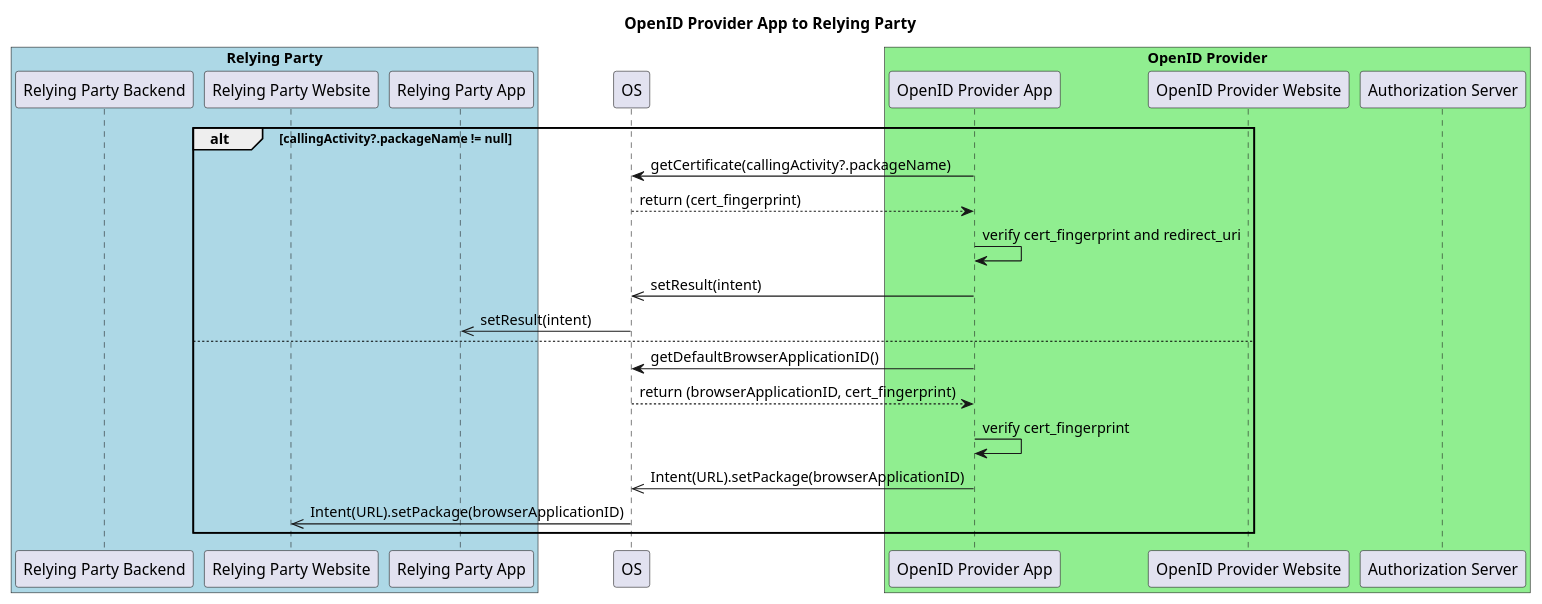
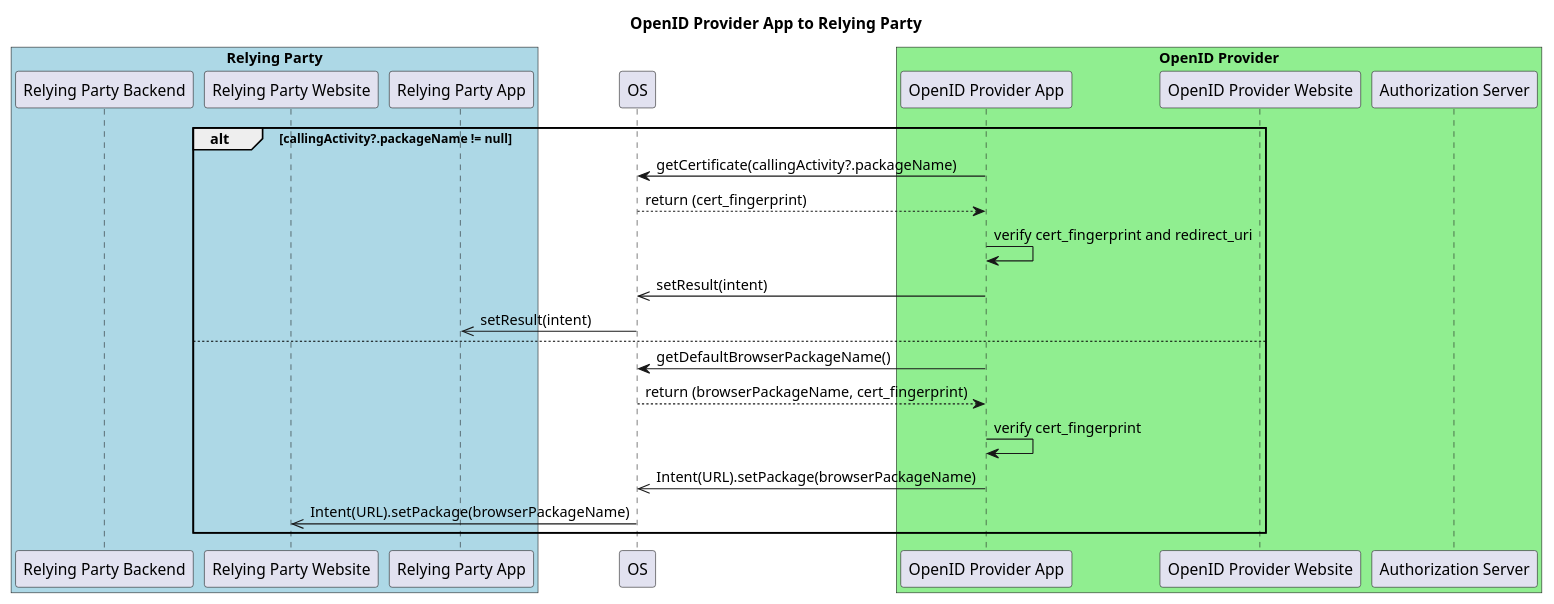
Before and after one commit to oauthstuff/app2app-evolution: the diagram in plantuml/idp_app_to_rp.plantuml, drawn with PlantUML. The commit also changed 2 other files, not shown here.

```diff
--- a/plantuml/idp_app_to_rp.plantuml
+++ b/plantuml/idp_app_to_rp.plantuml
@@ -1,31 +1,31 @@
 @startuml
 
 title OpenID Provider App to Relying Party
 
 box "Relying Party" #LightBlue
 participant "Relying Party Backend" as rpb
 participant "Relying Party Website" as rpw
 participant "Relying Party App" as rpa
 end box
 participant "OS" as os
 box "OpenID Provider" #LightGreen
 participant "OpenID Provider App" as opa
 participant "OpenID Provider Website" as opw
 participant "Authorization Server" as as
 end box
 
 alt callingActivity?.packageName != null
    os <- opa: getCertificate(callingActivity?.packageName)
    os --> opa: return (cert_fingerprint)
    opa -> opa: verify cert_fingerprint and redirect_uri
    os <<- opa: setResult(intent)
    rpa <<- os: setResult(intent)
 else
-   os <- opa: getDefaultBrowserApplicationID()
-   os --> opa: return (browserApplicationID, cert_fingerprint)
+   os <- opa: getDefaultBrowserPackageName()
+   os --> opa: return (browserPackageName, cert_fingerprint)
    opa -> opa: verify cert_fingerprint
-   os <<- opa: Intent(URL).setPackage(browserApplicationID)
-   rpw <<- os: Intent(URL).setPackage(browserApplicationID)
+   os <<- opa: Intent(URL).setPackage(browserPackageName)
+   rpw <<- os: Intent(URL).setPackage(browserPackageName)
 end
 
 @enduml
```
